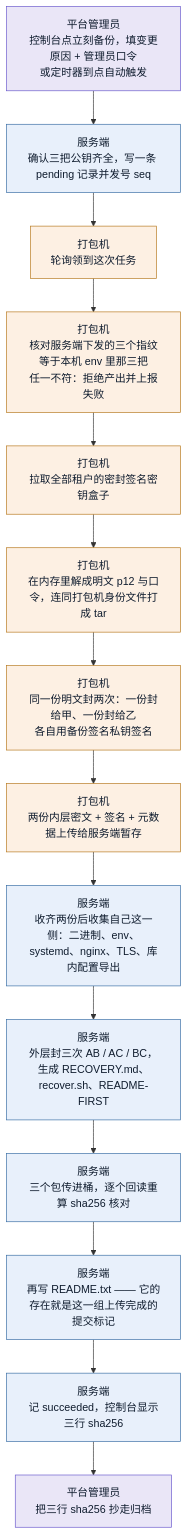
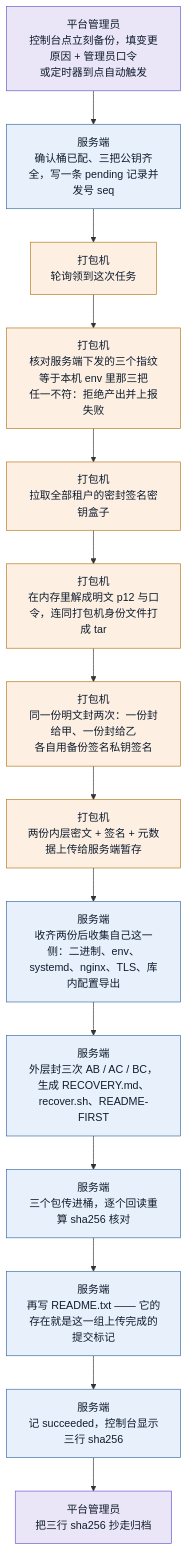
The second of 3 diagrams in docs/BACKUP_RECOVERY_RUNBOOK.md (Helix2010/RN-Server), drawn with Mermaid before and after one commit. The commit also changed other lines of this file and 10 other files, not shown here.

````diff
--- a/docs/BACKUP_RECOVERY_RUNBOOK.md
+++ b/docs/BACKUP_RECOVERY_RUNBOOK.md
@@ -96,23 +96,23 @@
 ```mermaid
 flowchart TD
   B1["平台管理员<br/>控制台点立刻备份，填变更原因 + 管理员口令<br/>或定时器到点自动触发"]:::admin
-  B2["服务端<br/>确认三把公钥齐全，写一条 pending 记录并发号 seq"]:::server
+  B2["服务端<br/>确认桶已配、三把公钥齐全，写一条 pending 记录并发号 seq"]:::server
   B3["打包机<br/>轮询领到这次任务"]:::agent
   B4["打包机<br/>核对服务端下发的三个指纹等于本机 env 里那三把<br/>任一不符：拒绝产出并上报失败"]:::agent
   B5["打包机<br/>拉取全部租户的密封签名密钥盒子"]:::agent
   B6["打包机<br/>在内存里解成明文 p12 与口令，连同打包机身份文件打成 tar"]:::agent
   B7["打包机<br/>同一份明文封两次：一份封给甲、一份封给乙<br/>各自用备份签名私钥签名"]:::agent
   B8["打包机<br/>两份内层密文 + 签名 + 元数据上传给服务端暂存"]:::agent
   B9["服务端<br/>收齐两份后收集自己这一侧：二进制、env、systemd、nginx、TLS、库内配置导出"]:::server
   B10["服务端<br/>外层封三次 AB / AC / BC，生成 RECOVERY.md、recover.sh、README-FIRST"]:::server
   B11["服务端<br/>三个包传进桶，逐个回读重算 sha256 核对"]:::server
   B12["服务端<br/>再写 README.txt —— 它的存在就是这一组上传完成的提交标记"]:::server
   B13["服务端<br/>记 succeeded，控制台显示三行 sha256"]:::server
   B14["平台管理员<br/>把三行 sha256 抄走归档"]:::admin
 
   B1 --> B2 --> B3 --> B4 --> B5 --> B6 --> B7 --> B8 --> B9 --> B10 --> B11 --> B12 --> B13 --> B14
 
   classDef admin  fill:#eae6f7,stroke:#6a5acd,color:#0f1c2e
   classDef server fill:#e8f0fb,stroke:#3a6ea5,color:#0f1c2e
   classDef agent  fill:#fdf0e3,stroke:#b7791f,color:#0f1c2e
 ```
````
